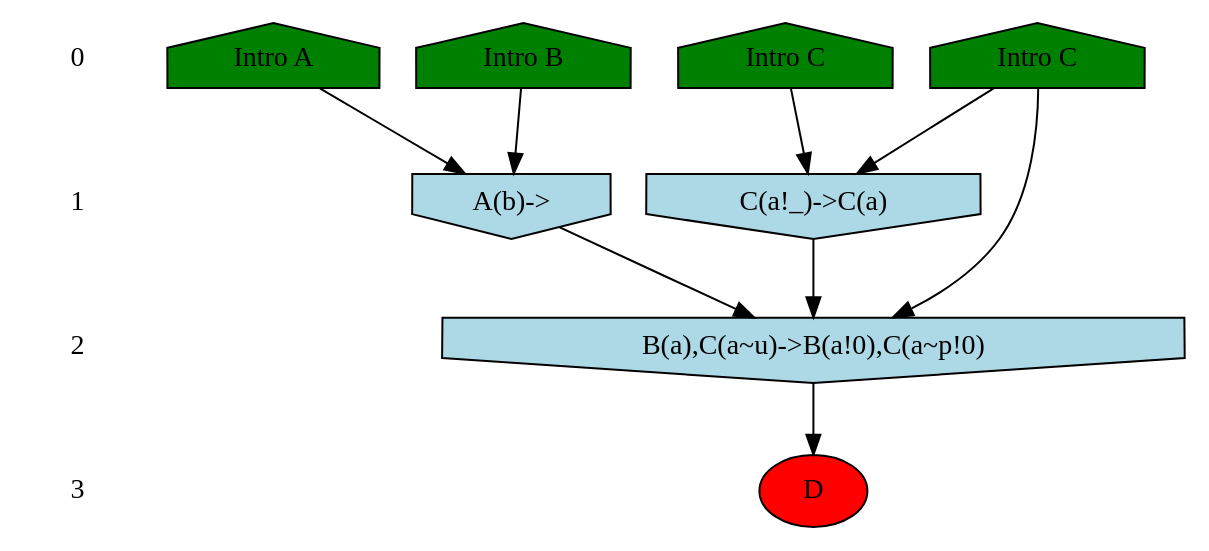
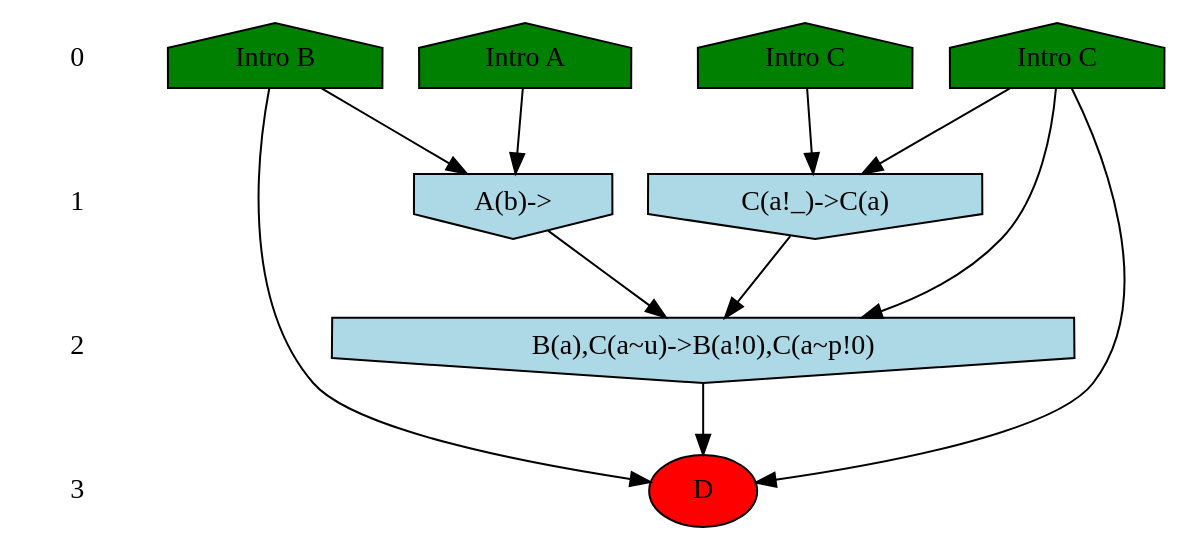
Before and after one commit to Kappa-Dev/KappaTools: the diagram in models/cflows/side-effects2/expected-output/cflowWeakly_1.dot, drawn with Graphviz. The commit also changed 44 other files, not shown here.

```diff
--- a/models/cflows/side-effects2/expected-output/cflowWeakly_1.dot
+++ b/models/cflows/side-effects2/expected-output/cflowWeakly_1.dot
@@ -1,31 +1,33 @@
 /* Compression of 7 causal flows obtained in average at 5.022315E-01 t.u */
 /* Compressed causal flows were: [10;8;6;4;3;2;1] */
 digraph G{
  ranksep=.5 ; 
 { rank = same ; "0" [shape=plaintext] ; node_1 [label ="Intro A", shape=house, style=filled, fillcolor=green] ;
 node_2 [label ="Intro B", shape=house, style=filled, fillcolor=green] ;
 node_3 [label ="Intro C", shape=house, style=filled, fillcolor=green] ;
 node_4 [label ="Intro C", shape=house, style=filled, fillcolor=green] ;
 }
 { rank = same ; "1" [shape=plaintext] ; node_5 [label="C(a!_)->C(a)", shape=invhouse, style=filled, fillcolor = lightblue] ;
 node_6 [label="A(b)->", shape=invhouse, style=filled, fillcolor = lightblue] ;
 }
 { rank = same ; "2" [shape=plaintext] ; node_7 [label="B(a),C(a~u)->B(a!0),C(a~p!0)", shape=invhouse, style=filled, fillcolor = lightblue] ;
 }
 { rank = same ; "3" [shape=plaintext] ; node_8 [label ="D", style=filled, fillcolor=red] ;
 }
 "0" -> "1" [style="invis"]; 
 "1" -> "2" [style="invis"]; 
 "2" -> "3" [style="invis"]; 
 node_3 -> node_5
 node_4 -> node_5
 node_1 -> node_6
 node_2 -> node_6
 node_3 -> node_7
 node_5 -> node_7
 node_6 -> node_7
+node_2 -> node_8
+node_3 -> node_8
 node_7 -> node_8
 }
 /*
  Dot generation time: 0.000000
 */
```
